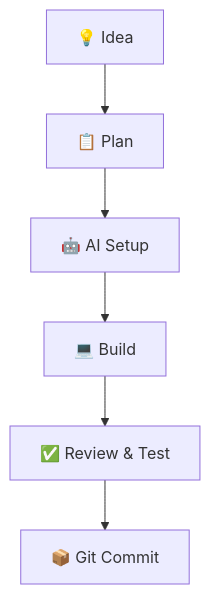
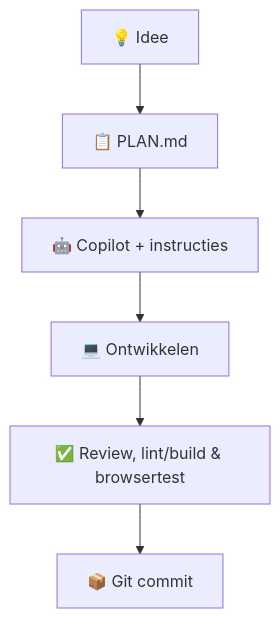
The diagram in README.md (Drup1k/PhotographyPortfolio), drawn with Mermaid before and after one commit. The commit also changed other lines of this file, not shown here.

````diff
--- a/README.md
+++ b/README.md
@@ -46,8 +46,8 @@
 ```mermaid
 flowchart TB
-    IDEA["💡 Idea"] --> PLAN["📋 Plan"]
-    PLAN --> AI["🤖 AI Setup"]
-    AI --> BUILD["💻 Build"]
-    BUILD --> CHECK["✅ Review & Test"]
-    CHECK --> COMMIT["📦 Git Commit"]
+    IDEA["💡 Idee"] --> PLAN["📋 PLAN.md"]
+    PLAN --> AI["🤖 Copilot + instructies"]
+    AI --> BUILD["💻 Ontwikkelen"]
+    BUILD --> CHECK["✅ Review, lint/build & browsertest"]
+    CHECK --> COMMIT["📦 Git commit"]
 ```
````
